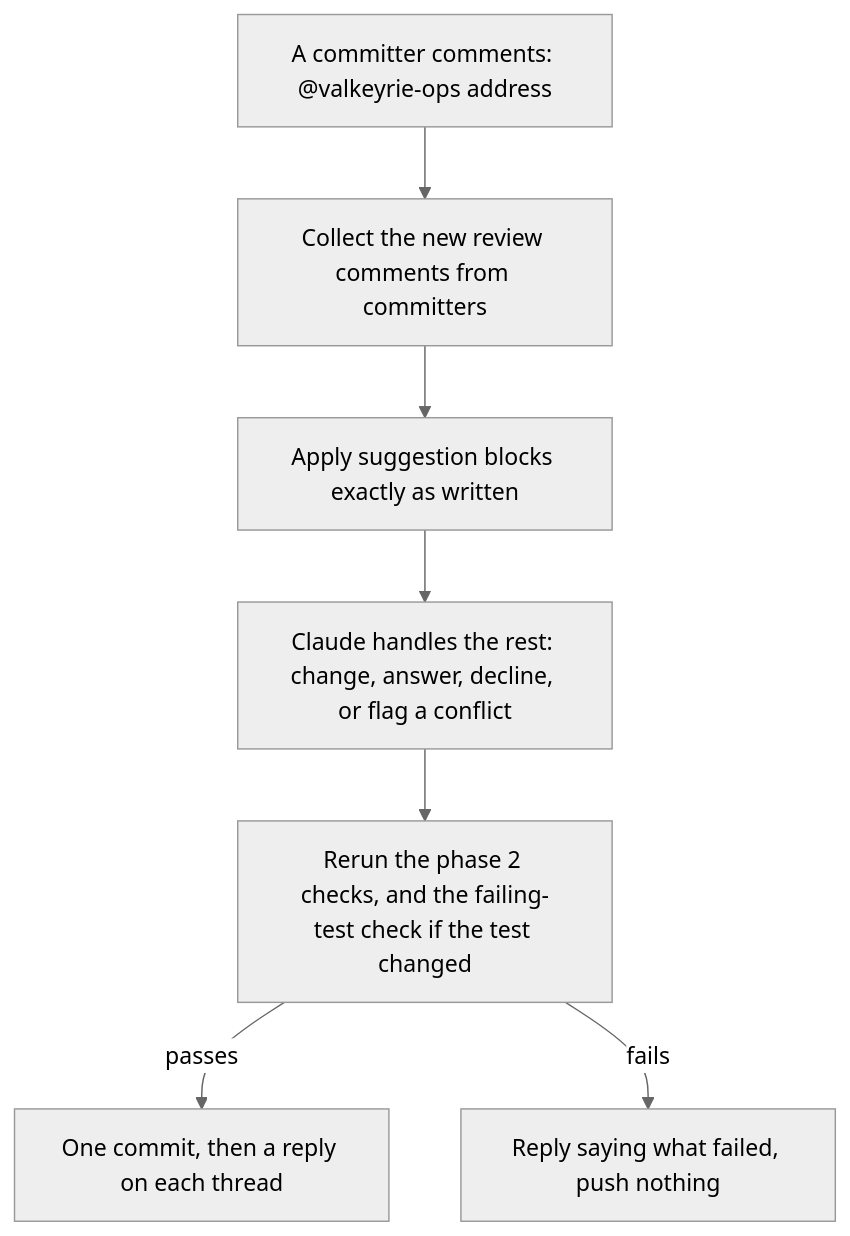
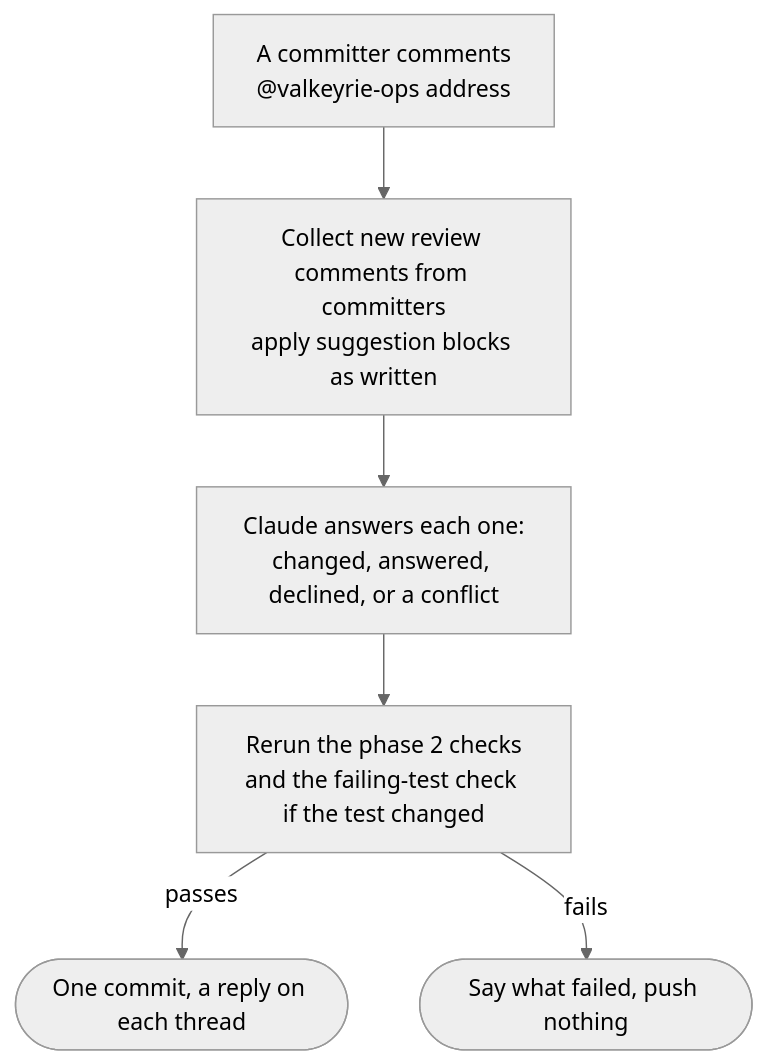
One commit to sarthakaggarwal97/valkey-ci-agent changed the eighth of 8 diagrams in docs/design/software-factory.md. Above: the diagram before and after it, drawn with Mermaid (neutral theme). The commit also changed other lines of this file, not shown here.

Commit message:
Make the design doc's diagrams readable on GitHub

````diff
--- a/docs/design/software-factory.md
+++ b/docs/design/software-factory.md
@@ -880,9 +883,12 @@
 ```mermaid
 flowchart TD
-    A["A committer comments: @valkeyrie-ops address"] --> B["Collect the new review comments from committers"]
-    B --> C["Apply suggestion blocks exactly as written"]
-    C --> D["Claude handles the rest: change, answer, decline, or flag a conflict"]
-    D --> E["Rerun the phase 2 checks, and the failing-test check if the test changed"]
-    E -->|"passes"| F["One commit, then a reply on each thread"]
-    E -->|"fails"| G["Reply saying what failed, push nothing"]
+    A["A committer comments<br/>@valkeyrie-ops address"]
+    B["Collect new review comments from committers<br/>apply suggestion blocks as written"]
+    D["Claude answers each one:<br/>changed, answered, declined, or a conflict"]
+    E["Rerun the phase 2 checks<br/>and the failing-test check if the test changed"]
+    F(["One commit, a reply on each thread"])
+    G(["Say what failed, push nothing"])
+    A --> B --> D --> E
+    E -->|"passes"| F
+    E -->|"fails"| G
 ```
````
